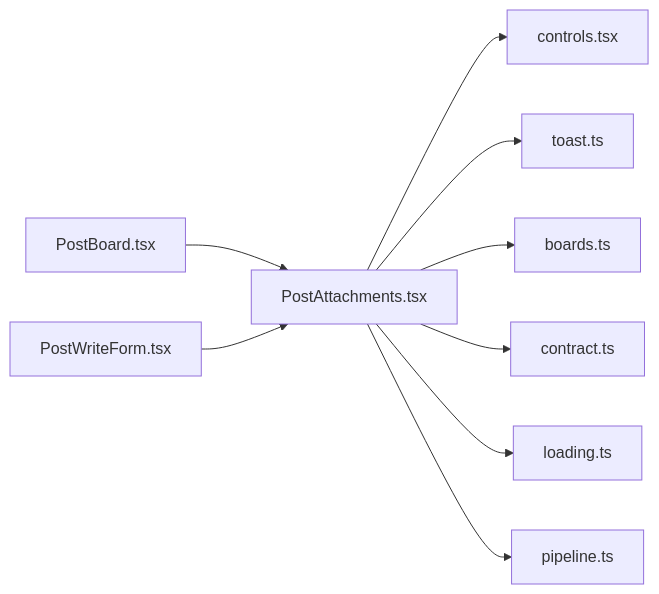
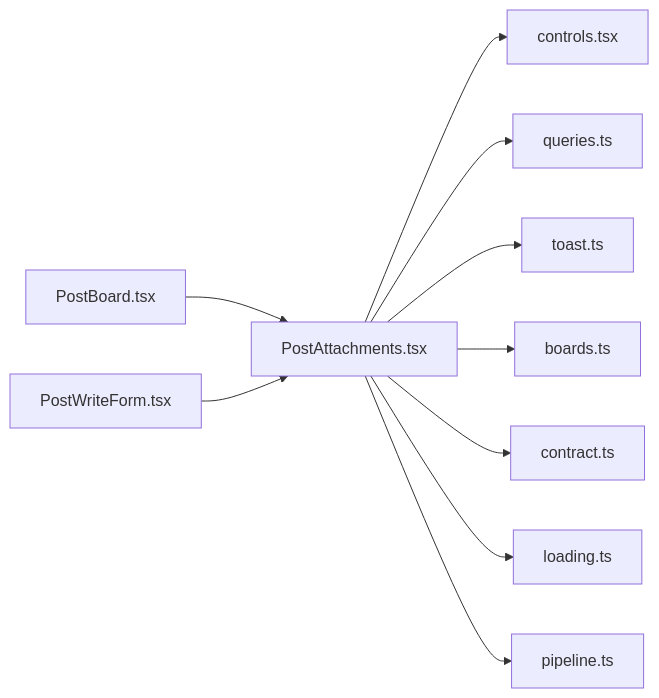
One commit to minkong-dev/Banblit changed the diagram in .cluedoc/graph/frontend/src/components/PostAttachments.md. Above: the diagram before and after it, drawn with Mermaid. The commit also changed other lines of this file and 41 other files, not shown here.

First line of the commit message:
frontend: keep shared query keys and the team roster query in queries.ts

````diff
--- a/.cluedoc/graph/frontend/src/components/PostAttachments.md
+++ b/.cluedoc/graph/frontend/src/components/PostAttachments.md
@@ -10,12 +10,13 @@
 ```mermaid
 flowchart LR
   frontend_src_components_PostAttachments["PostAttachments.tsx"]
   frontend_src_components_PostAttachments --> frontend_src_components_controls["controls.tsx"]
+  frontend_src_components_PostAttachments --> frontend_src_components_queries["queries.ts"]
   frontend_src_components_PostAttachments --> frontend_src_components_toast["toast.ts"]
   frontend_src_components_PostAttachments --> frontend_src_lib_boards["boards.ts"]
   frontend_src_components_PostAttachments --> frontend_src_lib_contract["contract.ts"]
   frontend_src_components_PostAttachments --> frontend_src_lib_loading["loading.ts"]
   frontend_src_components_PostAttachments --> frontend_src_lib_pipeline["pipeline.ts"]
   frontend_src_components_PostBoard["PostBoard.tsx"] --> frontend_src_components_PostAttachments
   frontend_src_components_PostWriteForm["PostWriteForm.tsx"] --> frontend_src_components_PostAttachments
 ```
````
